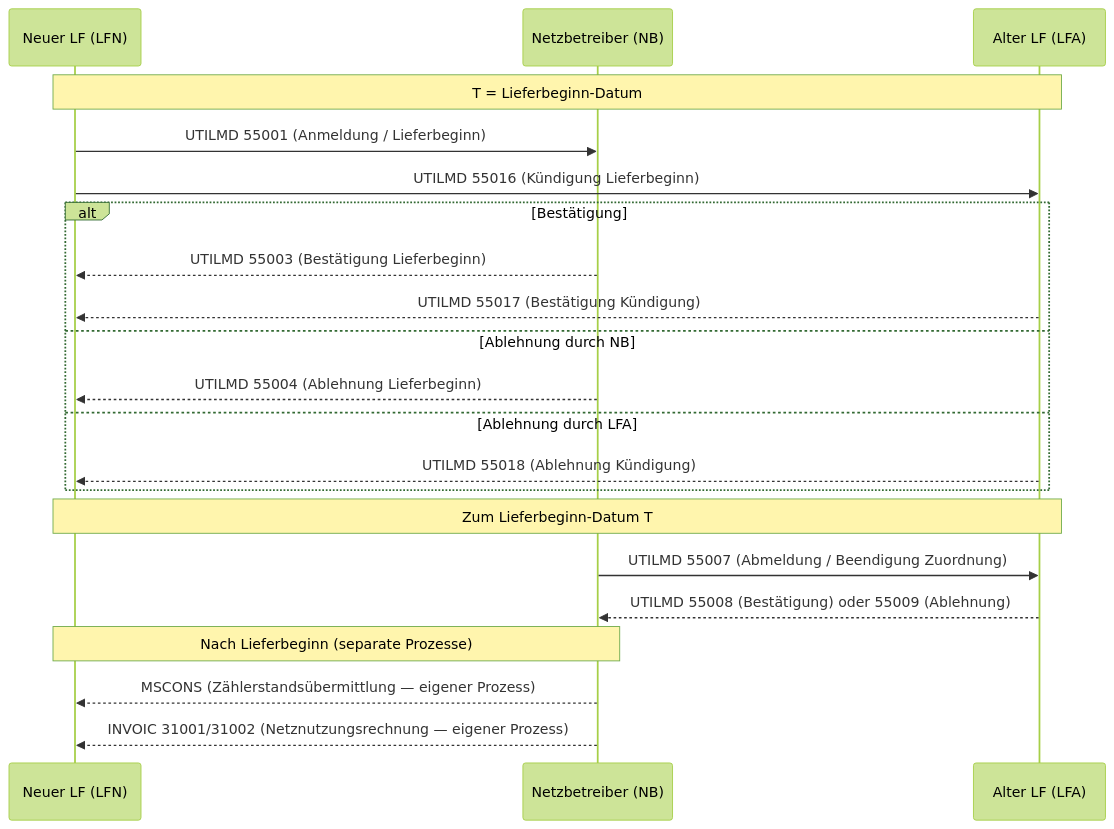
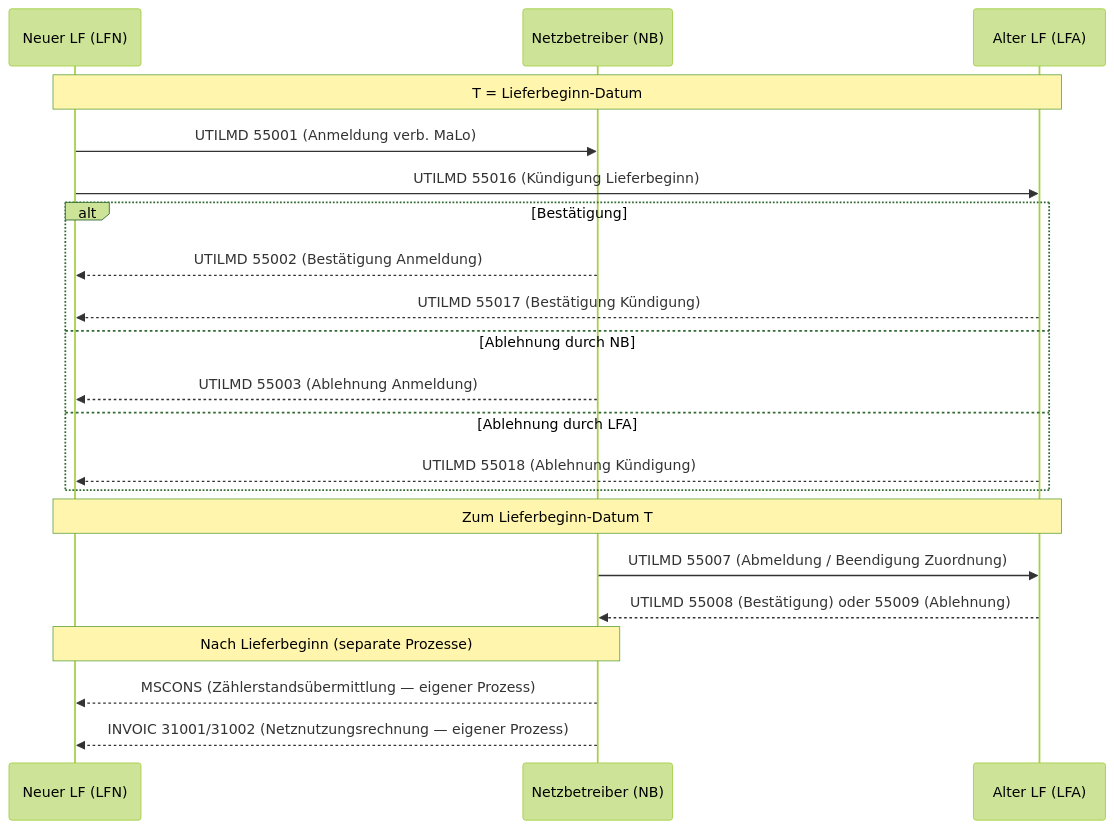
One commit to hupe1980/mako changed the first of 9 diagrams in site/content/docs/reference/processes.md. Above: the diagram before and after it, drawn with Mermaid (forest theme). The commit also changed other lines of this file and 276 other files, not shown here.

````diff
--- a/site/content/docs/reference/processes.md
+++ b/site/content/docs/reference/processes.md
@@ -214,27 +214,27 @@
 ```mermaid
 sequenceDiagram
     participant LFN as Neuer LF (LFN)
     participant NB  as Netzbetreiber (NB)
     participant LFA as Alter LF (LFA)
 
     Note over LFN,LFA: T = Lieferbeginn-Datum
-    LFN->>NB:  UTILMD 55001 (Anmeldung / Lieferbeginn)
+    LFN->>NB:  UTILMD 55001 (Anmeldung verb. MaLo)
     LFN->>LFA: UTILMD 55016 (Kündigung Lieferbeginn)
 
     alt Bestätigung
-        NB-->>LFN:  UTILMD 55003 (Bestätigung Lieferbeginn)
+        NB-->>LFN:  UTILMD 55002 (Bestätigung Anmeldung)
         LFA-->>LFN: UTILMD 55017 (Bestätigung Kündigung)
     else Ablehnung durch NB
-        NB-->>LFN:  UTILMD 55004 (Ablehnung Lieferbeginn)
+        NB-->>LFN:  UTILMD 55003 (Ablehnung Anmeldung)
     else Ablehnung durch LFA
         LFA-->>LFN: UTILMD 55018 (Ablehnung Kündigung)
     end
 
     Note over LFN,LFA: Zum Lieferbeginn-Datum T
     NB->>LFA: UTILMD 55007 (Abmeldung / Beendigung Zuordnung)
     LFA-->>NB: UTILMD 55008 (Bestätigung) oder 55009 (Ablehnung)
 
     Note over LFN,NB: Nach Lieferbeginn (separate Prozesse)
     NB-->>LFN: MSCONS (Zählerstandsübermittlung — eigener Prozess)
     NB-->>LFN: INVOIC 31001/31002 (Netznutzungsrechnung — eigener Prozess)
 ```
````
